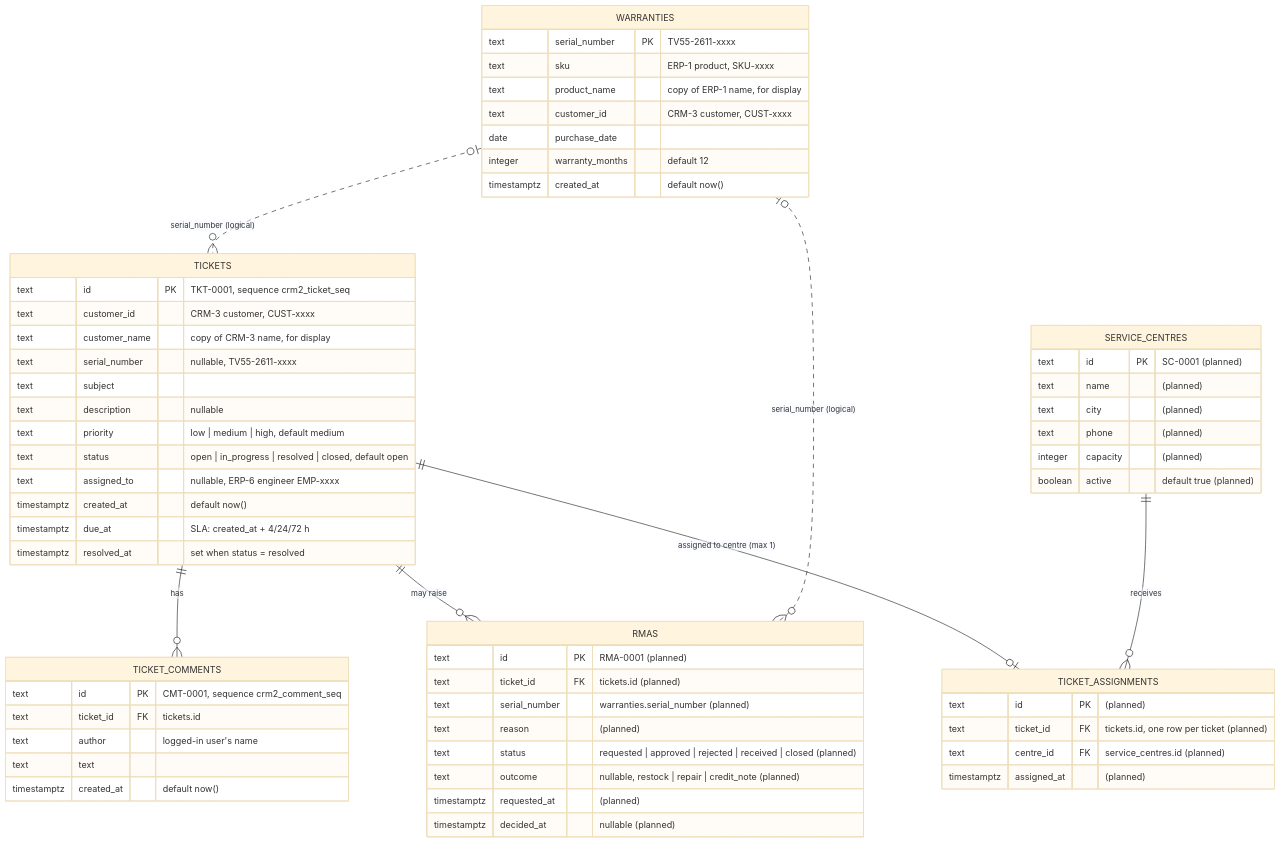
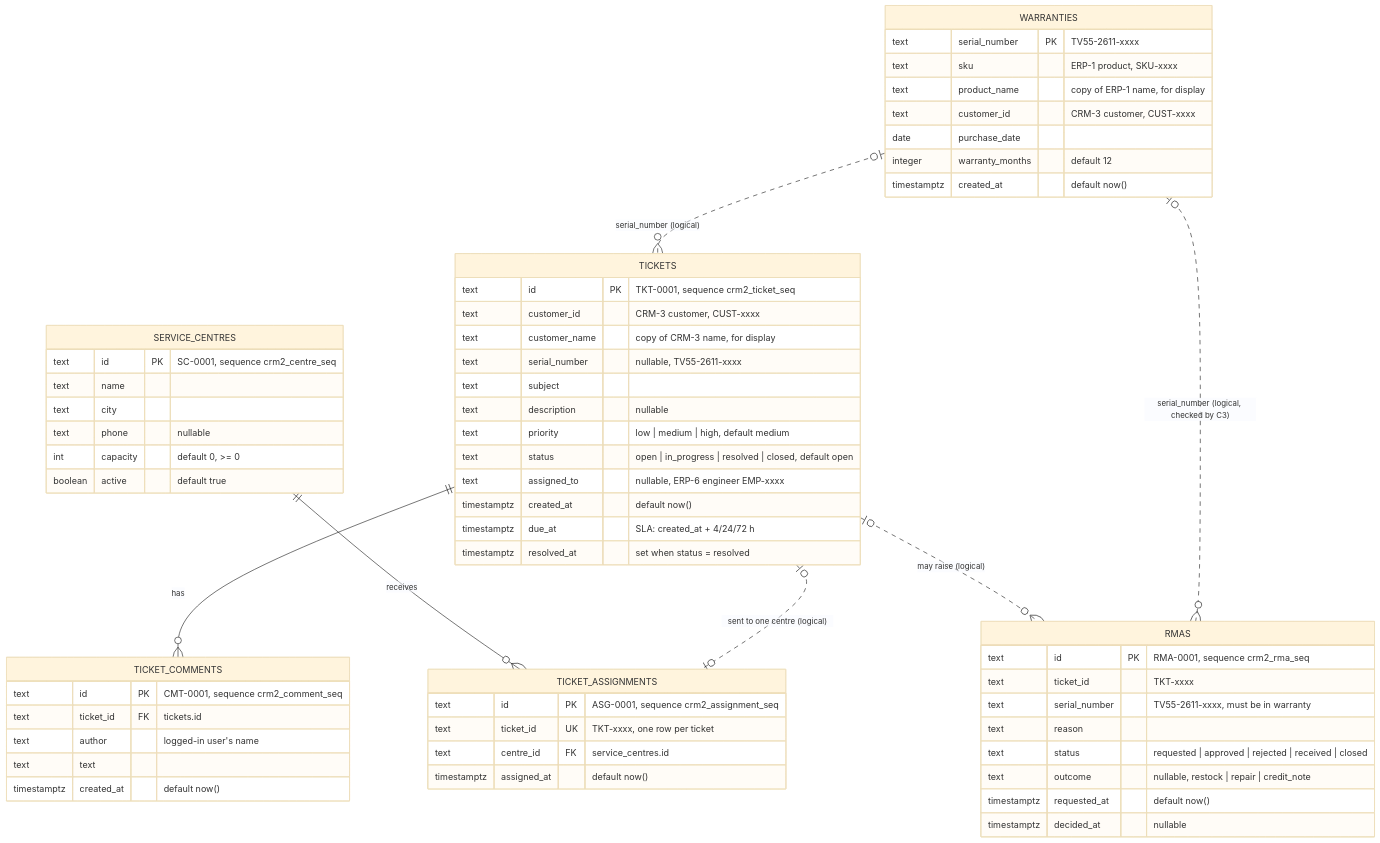
One commit to SAM-ALTMAN-ERP-CRM/electro-app changed the diagram in docs/crm2/er-diagram.md. Above: the diagram before and after it, drawn with Mermaid (base theme). The commit also changed other lines of this file and 1 other file, not shown here.

Commit message:
docs(crm2): [CRM2-R2] Update ER diagram and seed check for the final schema

````diff
--- a/docs/crm2/er-diagram.md
+++ b/docs/crm2/er-diagram.md
@@ -26,69 +24,69 @@
 ```mermaid
 erDiagram
     TICKETS ||--o{ TICKET_COMMENTS : "has"
-    TICKETS ||--o{ RMAS : "may raise"
-    TICKETS ||--o| TICKET_ASSIGNMENTS : "assigned to centre (max 1)"
     SERVICE_CENTRES ||--o{ TICKET_ASSIGNMENTS : "receives"
+    TICKETS |o..o| TICKET_ASSIGNMENTS : "sent to one centre (logical)"
+    TICKETS |o..o{ RMAS : "may raise (logical)"
     WARRANTIES |o..o{ TICKETS : "serial_number (logical)"
-    WARRANTIES |o..o{ RMAS : "serial_number (logical)"
+    WARRANTIES |o..o{ RMAS : "serial_number (logical, checked by C3)"
 
     TICKETS {
         text id PK "TKT-0001, sequence crm2_ticket_seq"
         text customer_id "CRM-3 customer, CUST-xxxx"
         text customer_name "copy of CRM-3 name, for display"
         text serial_number "nullable, TV55-2611-xxxx"
         text subject
         text description "nullable"
         text priority "low | medium | high, default medium"
         text status "open | in_progress | resolved | closed, default open"
         text assigned_to "nullable, ERP-6 engineer EMP-xxxx"
         timestamptz created_at "default now()"
         timestamptz due_at "SLA: created_at + 4/24/72 h"
         timestamptz resolved_at "set when status = resolved"
     }
 
     TICKET_COMMENTS {
         text id PK "CMT-0001, sequence crm2_comment_seq"
         text ticket_id FK "tickets.id"
         text author "logged-in user's name"
         text text
         timestamptz created_at "default now()"
     }
 
     WARRANTIES {
         text serial_number PK "TV55-2611-xxxx"
         text sku "ERP-1 product, SKU-xxxx"
         text product_name "copy of ERP-1 name, for display"
         text customer_id "CRM-3 customer, CUST-xxxx"
         date purchase_date
         integer warranty_months "default 12"
         timestamptz created_at "default now()"
     }
 
-    RMAS {
-        text id PK "RMA-0001 (planned)"
-        text ticket_id FK "tickets.id (planned)"
-        text serial_number "warranties.serial_number (planned)"
-        text reason "(planned)"
-        text status "requested | approved | rejected | received | closed (planned)"
-        text outcome "nullable, restock | repair | credit_note (planned)"
-        timestamptz requested_at "(planned)"
-        timestamptz decided_at "nullable (planned)"
-    }
-
     SERVICE_CENTRES {
-        text id PK "SC-0001 (planned)"
-        text name "(planned)"
-        text city "(planned)"
-        text phone "(planned)"
-        integer capacity "(planned)"
-        boolean active "default true (planned)"
+        text id PK "SC-0001, sequence crm2_centre_seq"
+        text name
+        text city
+        text phone "nullable"
+        int capacity "default 0, >= 0"
+        boolean active "default true"
     }
 
     TICKET_ASSIGNMENTS {
-        text id PK "(planned)"
-        text ticket_id FK "tickets.id, one row per ticket (planned)"
-        text centre_id FK "service_centres.id (planned)"
-        timestamptz assigned_at "(planned)"
+        text id PK "ASG-0001, sequence crm2_assignment_seq"
+        text ticket_id UK "TKT-xxxx, one row per ticket"
+        text centre_id FK "service_centres.id"
+        timestamptz assigned_at "default now()"
+    }
+
+    RMAS {
+        text id PK "RMA-0001, sequence crm2_rma_seq"
+        text ticket_id "TKT-xxxx"
+        text serial_number "TV55-2611-xxxx, must be in warranty"
+        text reason
+        text status "requested | approved | rejected | received | closed"
+        text outcome "nullable, restock | repair | credit_note"
+        timestamptz requested_at "default now()"
+        timestamptz decided_at "nullable"
     }
 ```
````
